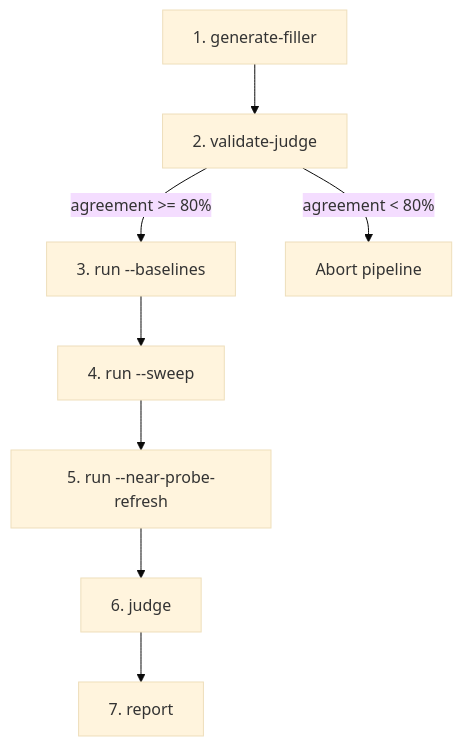
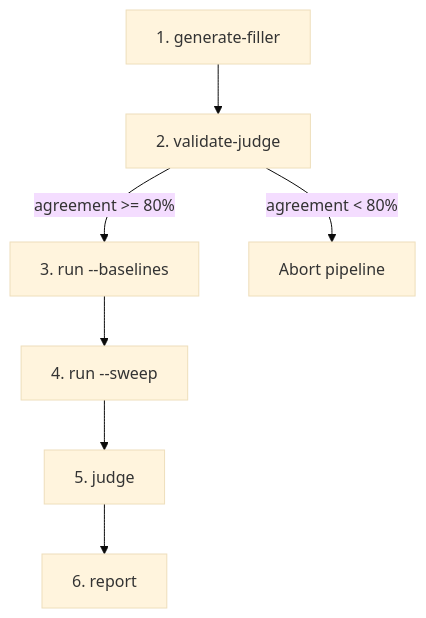
The second of 3 diagrams in ARCHITECTURE.md (bgigurtsis/HalfLifeBench), drawn with Mermaid (base theme) before and after one commit. The commit also changed other lines of this file and 38 other files, not shown here.

````diff
--- a/ARCHITECTURE.md
+++ b/ARCHITECTURE.md
@@ -98,18 +103,16 @@
 ```mermaid
 flowchart TB
     GF["1. generate-filler"]
     VJ["2. validate-judge"]
     BL["3. run --baselines"]
     SW["4. run --sweep"]
-    NR["5. run --near-probe-refresh"]
-    JG["6. judge"]
-    RP["7. report"]
+    JG["5. judge"]
+    RP["6. report"]
 
     GF --> VJ
     VJ -->|"agreement >= 80%"| BL
     VJ -->|"agreement < 80%"| ABORT["Abort pipeline"]
     BL --> SW
-    SW --> NR
-    NR --> JG
+    SW --> JG
     JG --> RP
 ```
````
